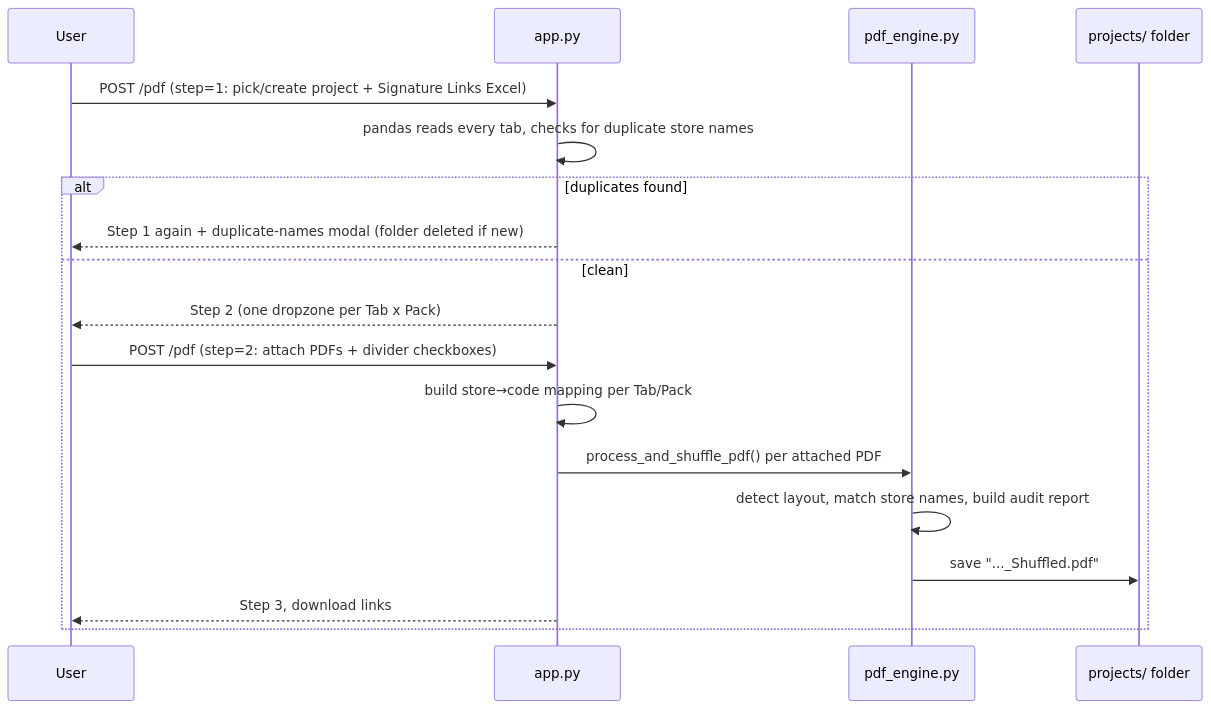
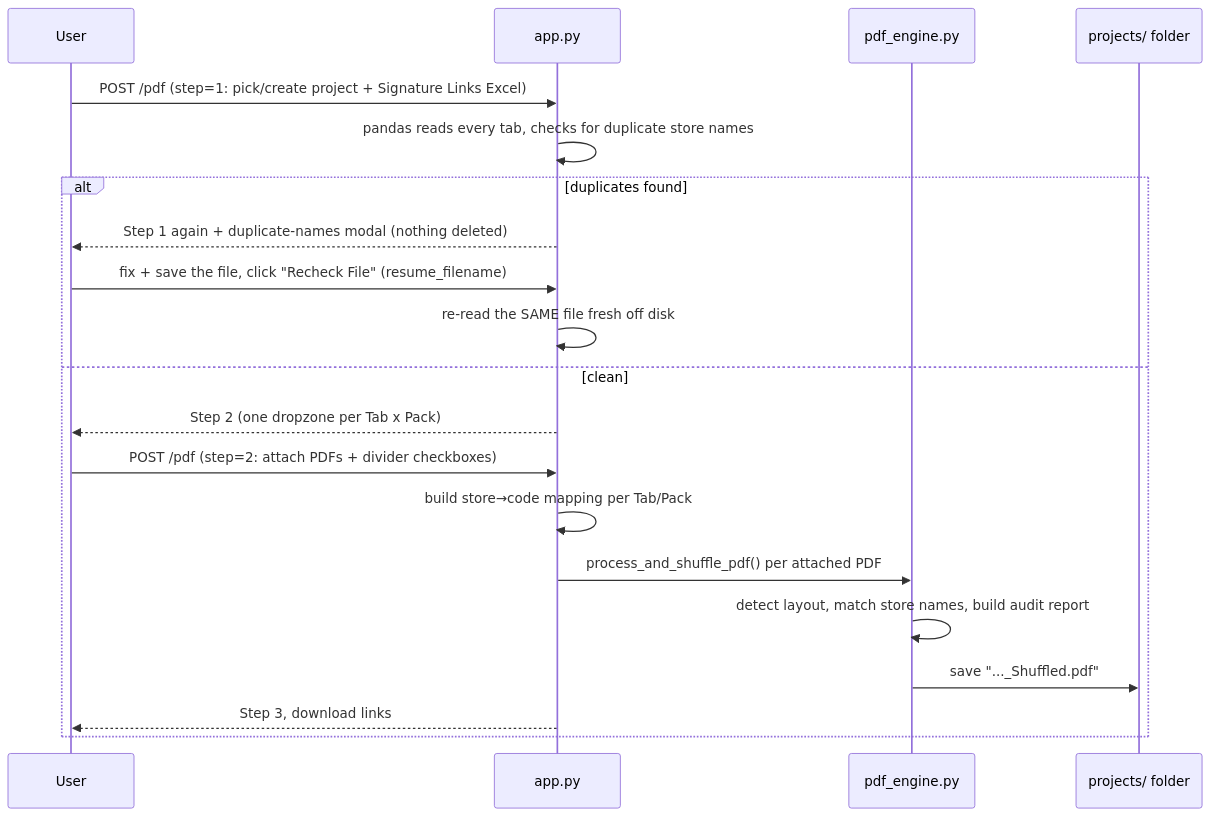
Before and after one commit to nesubat/Warehouse_app: diagram 16 of 16 in CODE_GUIDE.md, drawn with Mermaid. The commit also changed other lines of this file and 2 other files, not shown here.

````diff
--- a/CODE_GUIDE.md
+++ b/CODE_GUIDE.md
@@ -854,21 +922,23 @@
 ```mermaid
 sequenceDiagram
     participant U as User
     participant App as app.py
     participant PE as pdf_engine.py
     participant FS as projects/ folder
 
     U->>App: POST /pdf (step=1: pick/create project + Signature Links Excel)
     App->>App: pandas reads every tab, checks for duplicate store names
     alt duplicates found
-        App-->>U: Step 1 again + duplicate-names modal (folder deleted if new)
+        App-->>U: Step 1 again + duplicate-names modal (nothing deleted)
+        U->>App: fix + save the file, click "Recheck File" (resume_filename)
+        App->>App: re-read the SAME file fresh off disk
     else clean
         App-->>U: Step 2 (one dropzone per Tab x Pack)
         U->>App: POST /pdf (step=2: attach PDFs + divider checkboxes)
         App->>App: build store→code mapping per Tab/Pack
         App->>PE: process_and_shuffle_pdf() per attached PDF
         PE->>PE: detect layout, match store names, build audit report
         PE->>FS: save "..._Shuffled.pdf"
         App-->>U: Step 3, download links
     end
 ```
````
